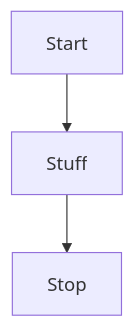
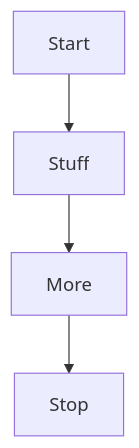
One commit to neenjaw/heartbeast-action-rpg-series changed the diagram in docs/index.md. Above: the diagram before and after it, drawn with Mermaid.

Commit message:
Update index.md
add more to diagram

````diff
--- a/docs/index.md
+++ b/docs/index.md
@@ -5,4 +5,4 @@
 ```mermaid
 graph TD
-	Start --> Stuff --> Stop
+	Start --> Stuff --> More --> Stop
 ```
````
